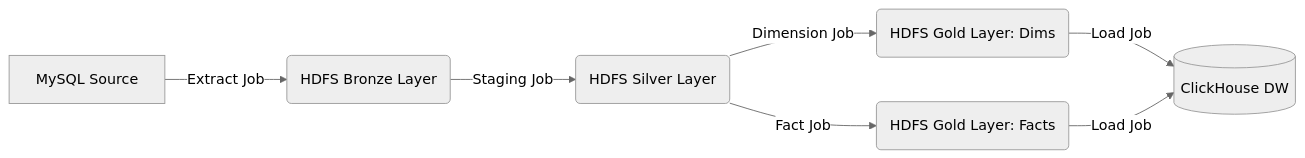
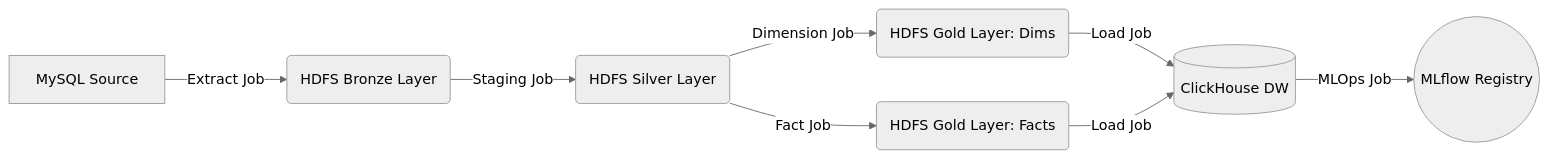
One commit to vietanhlee/ETL_hospital changed the diagram in docs/ETL_BUSINESS_LOGIC.md. Above: the diagram before and after it, drawn with Mermaid (neutral theme). The commit also changed other lines of this file and 5 other files, not shown here.

````diff
--- a/docs/ETL_BUSINESS_LOGIC.md
+++ b/docs/ETL_BUSINESS_LOGIC.md
@@ -9,9 +9,10 @@
 ```mermaid
 graph LR
     A[MySQL Source] -->|Extract Job| B(HDFS Bronze Layer)
     B -->|Staging Job| C(HDFS Silver Layer)
     C -->|Dimension Job| D(HDFS Gold Layer: Dims)
     C -->|Fact Job| E(HDFS Gold Layer: Facts)
     D -->|Load Job| F[(ClickHouse DW)]
     E -->|Load Job| F
+    F -->|MLOps Job| G((MLflow Registry))
 ```
````
